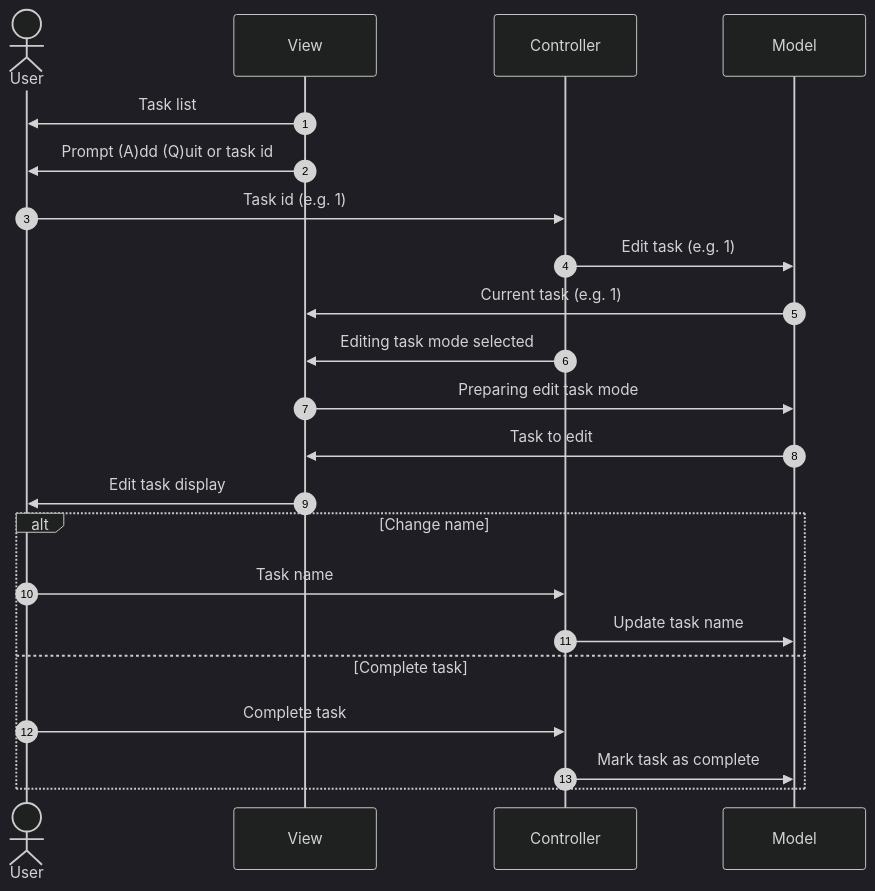
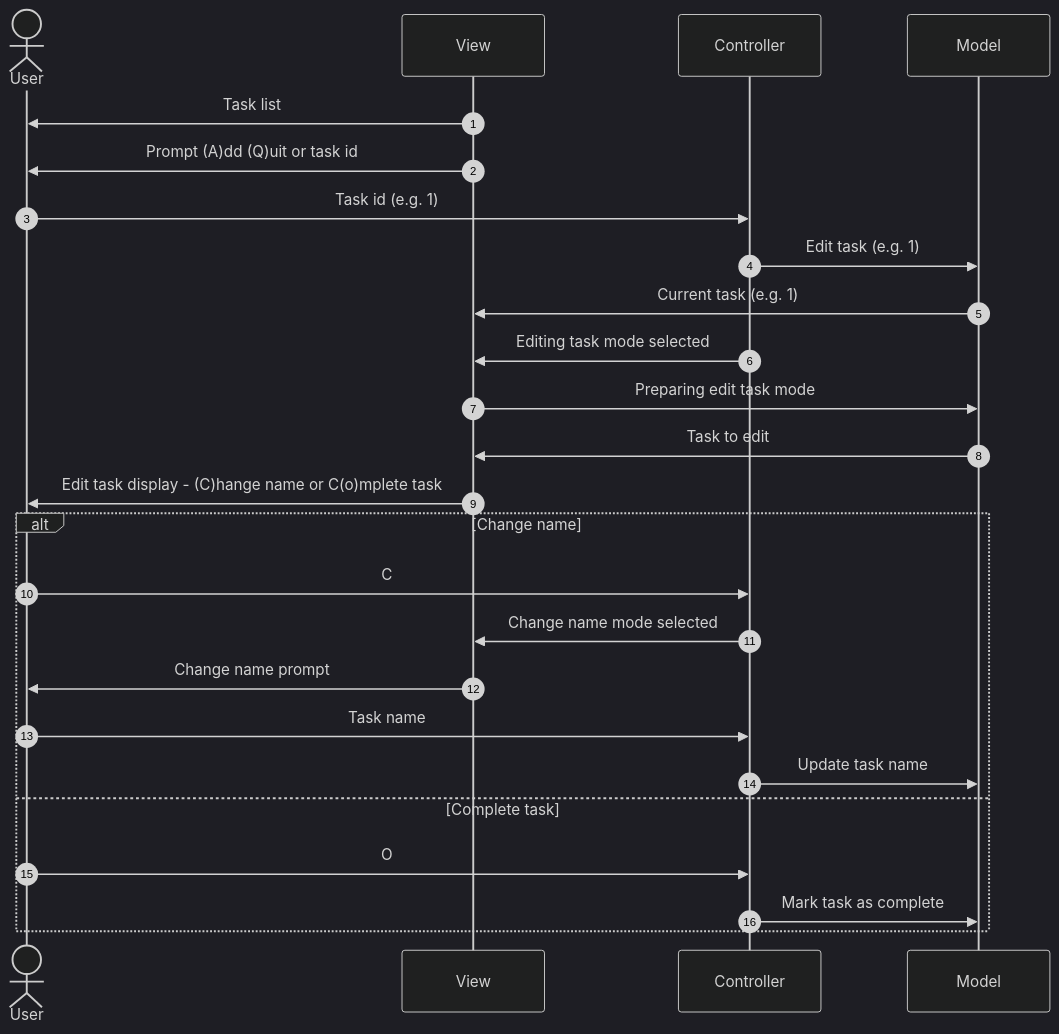
One commit to armakuni/csharp-katas changed the third of 3 diagrams in task-list/README.md. Above: the diagram before and after it, drawn with Mermaid (dark theme). The commit also changed 8 other files, not shown here.

````diff
--- a/task-list/README.md
+++ b/task-list/README.md
@@ -73,27 +73,30 @@
 ```mermaid
 sequenceDiagram
 	autonumber
 	Actor O as User
 	participant V as View
 	participant C as Controller
 	participant M as Model
 
 		V->>O: Task list
 		V->>O: Prompt (A)dd (Q)uit or task id
 
 			O->>C: Task id (e.g. 1)
 			C->>M: Edit task (e.g. 1)
 			M->>V: Current task (e.g. 1)
 			C->>V: Editing task mode selected
 			V->>M: Preparing edit task mode
 			M->>V: Task to edit
-			V->>O: Edit task display
+			V->>O: Edit task display - (C)hange name or C(o)mplete task
 			alt Change name
+				O->>C: C
+				C->>V: Change name mode selected
+				V->>O: Change name prompt
 				O->>C: Task name
 				C->>M: Update task name
 			else Complete task
-				O->>C: Complete task
+				O->>C: O
 				C->>M: Mark task as complete
 			end
 		
 ```
````
